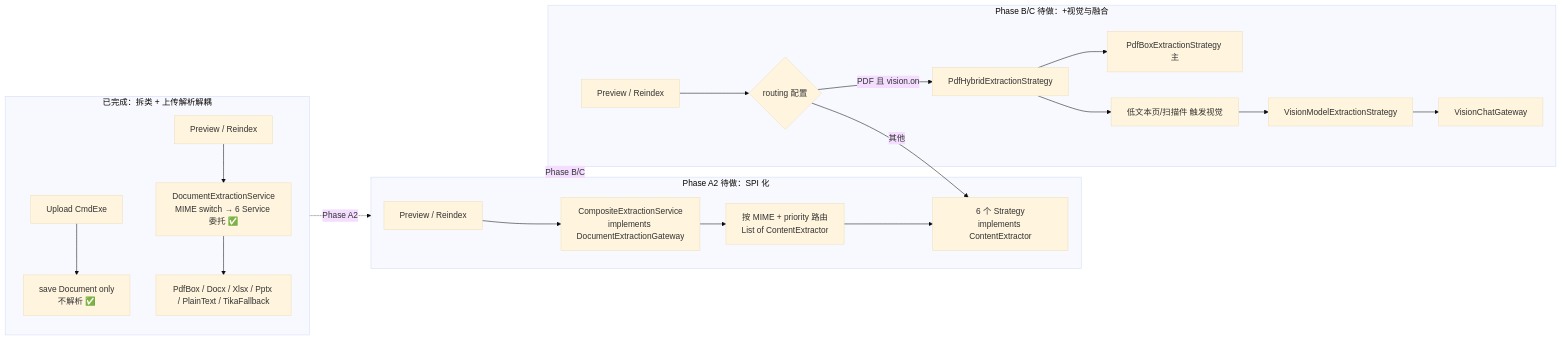
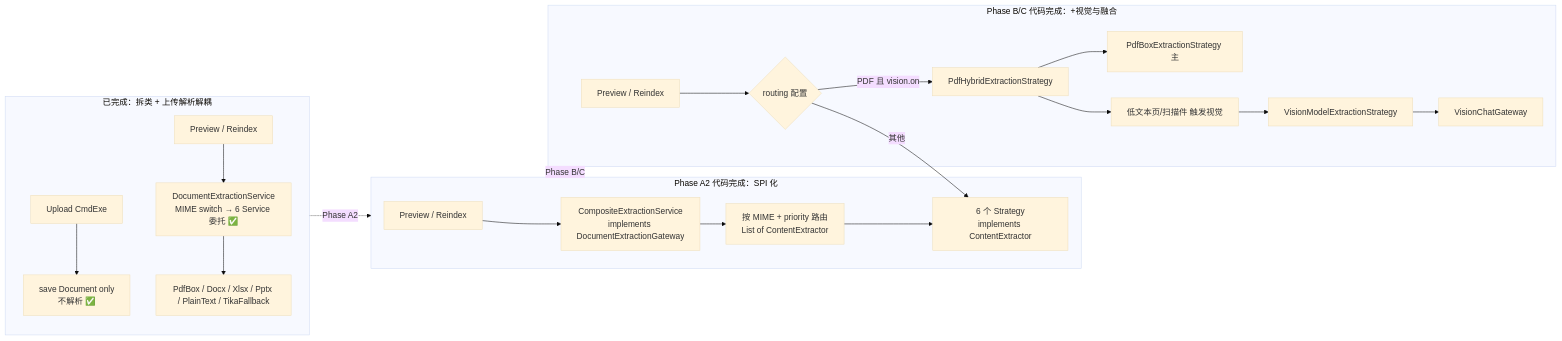
One commit to mouhinU/Knowledge_Repository changed the first of 7 diagrams in docs/extraction-strategy-refactor-plan.md. Above: the diagram before and after it, drawn with Mermaid (base theme). The commit also changed other lines of this file, not shown here.

First line of the commit message:
docs(extractor): 方案文档 v1.5 — Phase C/D/R3 状态推进为代码完成（零漂移）

````diff
--- a/docs/extraction-strategy-refactor-plan.md
+++ b/docs/extraction-strategy-refactor-plan.md
@@ -53,27 +54,27 @@
 ```mermaid
 flowchart LR
     subgraph Done["已完成：拆类 + 上传解析解耦"]
         A0[Upload CmdExe] --> A0b[save Document only<br/>不解析 ✅]
         A1[Preview / Reindex] --> A2[DocumentExtractionService<br/>MIME switch → 6 Service 委托 ✅]
         A2 --> A3[PdfBox / Docx / Xlsx / Pptx / PlainText / TikaFallback]
     end
 
-    subgraph PhaseA2["Phase A2 待做：SPI 化"]
+    subgraph PhaseA2["Phase A2 代码完成：SPI 化"]
         B1[Preview / Reindex] --> B2[CompositeExtractionService<br/>implements DocumentExtractionGateway]
         B2 --> B3[按 MIME + priority 路由<br/>List of ContentExtractor]
         B3 --> B4[6 个 Strategy<br/>implements ContentExtractor]
     end
 
-    subgraph PhaseBC["Phase B/C 待做：+视觉与融合"]
+    subgraph PhaseBC["Phase B/C 代码完成：+视觉与融合"]
         C1[Preview / Reindex] --> C2{routing 配置}
         C2 -->|PDF 且 vision.on| C3[PdfHybridExtractionStrategy]
         C3 --> C4[PdfBoxExtractionStrategy 主]
         C3 --> C5[低文本页/扫描件 触发视觉]
         C5 --> C6[VisionModelExtractionStrategy]
         C6 --> C7[VisionChatGateway]
         C2 -->|其他| B4
     end
 
     Done -.Phase A2.-> PhaseA2
     PhaseA2 -.Phase B/C.-> PhaseBC
 ```
````
